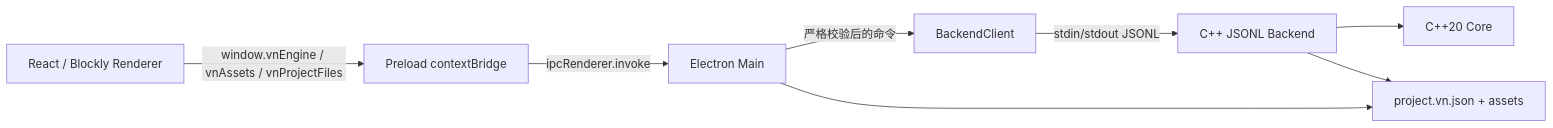
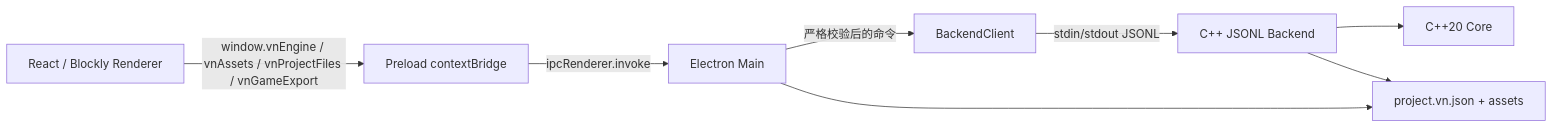
Before and after one commit to DarkboyRyan/Scratch-Novel-Engine: the diagram in docs/technical-stack-interview-guide.md, drawn with Mermaid. The commit also changed other lines of this file and 118 other files, not shown here.

Commit message:
now support export game into independent app and vngame package, but still some bugs to fix

````diff
--- a/docs/technical-stack-interview-guide.md
+++ b/docs/technical-stack-interview-guide.md
@@ -74,18 +92,18 @@
 ```mermaid
 flowchart LR
   UI["React / Blockly Renderer"]
   PRELOAD["Preload contextBridge"]
   MAIN["Electron Main"]
   CLIENT["BackendClient"]
   BACKEND["C++ JSONL Backend"]
   CORE["C++20 Core"]
   FS["project.vn.json + assets"]
 
-  UI -->|"window.vnEngine / vnAssets / vnProjectFiles"| PRELOAD
+  UI -->|"window.vnEngine / vnAssets / vnProjectFiles / vnGameExport"| PRELOAD
   PRELOAD -->|"ipcRenderer.invoke"| MAIN
   MAIN -->|"严格校验后的命令"| CLIENT
   CLIENT -->|"stdin/stdout JSONL"| BACKEND
   BACKEND --> CORE
   BACKEND --> FS
   MAIN --> FS
 ```
````
